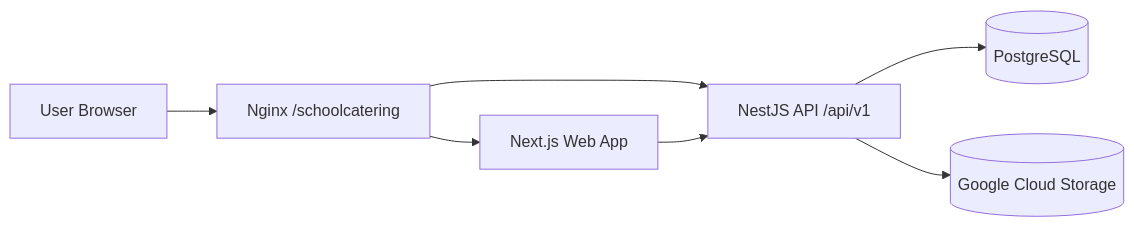
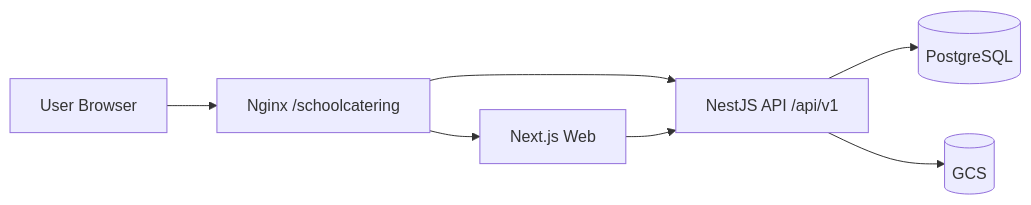
One commit to Gaia-Digital-Agency/blossom_schoolcatering changed the first of 2 diagrams in docs/Features/architecture.md. Above: the diagram before and after it, drawn with Mermaid. The commit also changed other lines of this file and 20 other files, not shown here.

Commit message:
feat(web,api,docs): add delivery notification email and 2-column exports

````diff
--- a/docs/Features/architecture.md
+++ b/docs/Features/architecture.md
@@ -33,9 +32,9 @@
 ```mermaid
 flowchart LR
-  U[User Browser] --> N[Nginx /schoolcatering]
-  N --> W[Next.js Web App]
-  N --> A[NestJS API /api/v1]
+  U["User Browser"] --> N["Nginx /schoolcatering"]
+  N --> W["Next.js Web"]
+  N --> A["NestJS API /api/v1"]
   W --> A
   A --> P[(PostgreSQL)]
-  A --> G[(Google Cloud Storage)]
+  A --> G[(GCS)]
 ```
````
